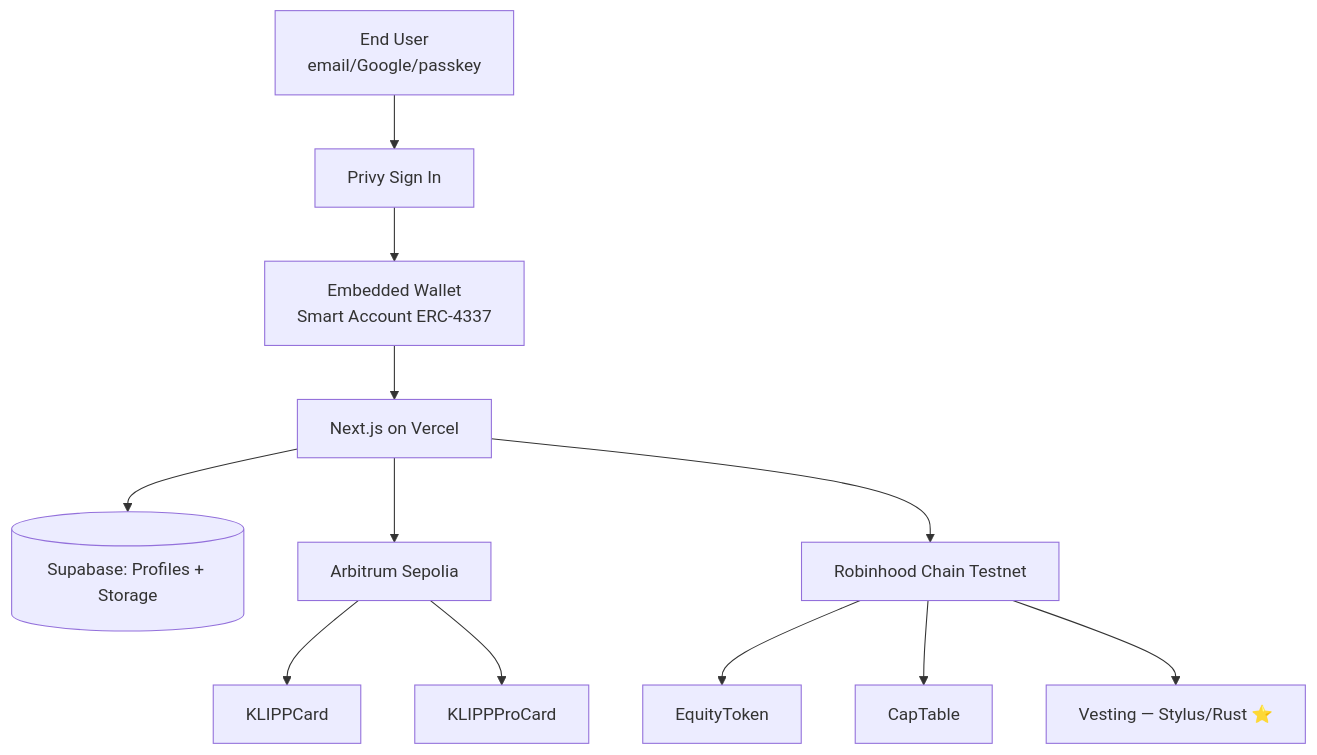
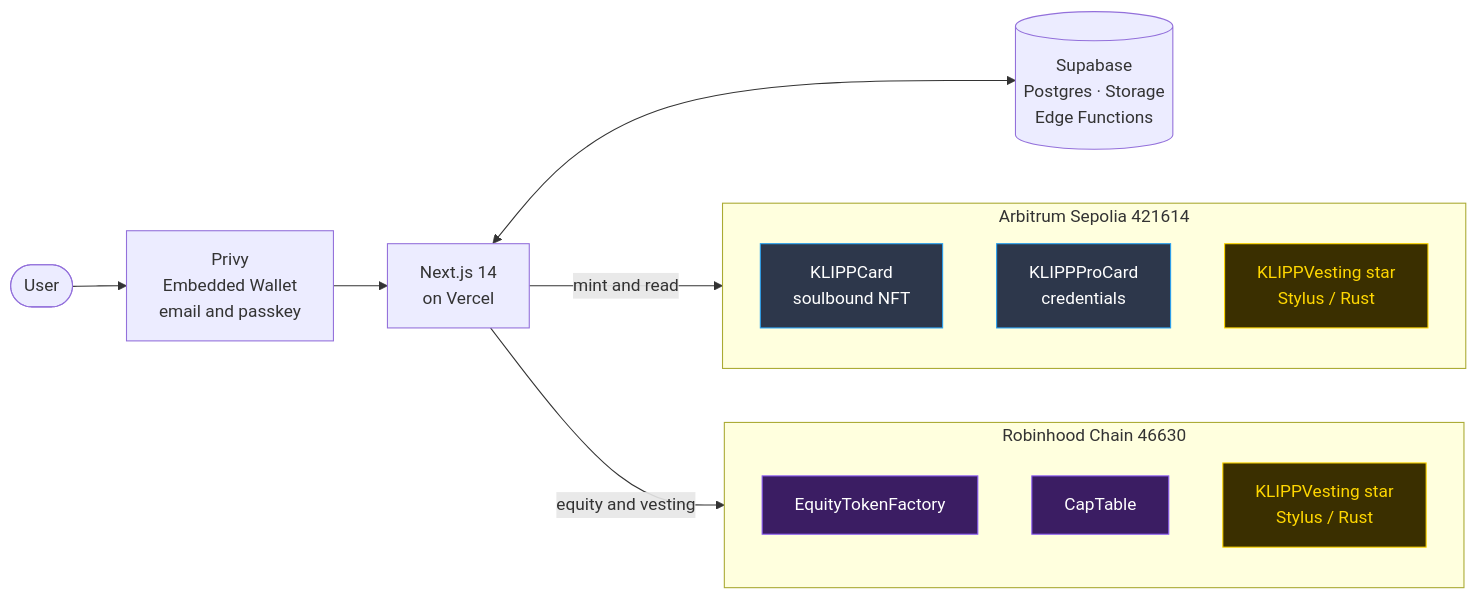
One commit to yellowwhalelabs/klipp changed the diagram in README.md. Above: the diagram before and after it, drawn with Mermaid. The commit also changed other lines of this file, not shown here.

Commit message:
docs: complete README with architecture and contract addresses

````diff
--- a/README.md
+++ b/README.md
@@ -123,14 +44,32 @@
 ```mermaid
-graph TB
-    User[End User\nemail/Google/passkey] --> SignIn[Privy Sign In]
-    SignIn --> Wallet[Embedded Wallet\nSmart Account ERC-4337]
-    Wallet --> Frontend[Next.js on Vercel]
-    Frontend --> Supabase[(Supabase: Profiles + Storage)]
-    Frontend --> ArbSepolia[Arbitrum Sepolia]
-    Frontend --> RobinhoodChain[Robinhood Chain Testnet]
-    ArbSepolia --> SC1[KLIPPCard]
-    ArbSepolia --> SC2[KLIPPProCard]
-    RobinhoodChain --> SC3[EquityToken]
-    RobinhoodChain --> SC4[CapTable]
-    RobinhoodChain --> SC5[Vesting — Stylus/Rust ⭐]
+flowchart LR
+    User([User])
+    Privy[Privy<br/>Embedded Wallet<br/>email and passkey]
+    Web[Next.js 14<br/>on Vercel]
+    Supa[(Supabase<br/>Postgres · Storage<br/>Edge Functions)]
+
+    User --> Privy --> Web
+    Web <--> Supa
+
+    subgraph AS[Arbitrum Sepolia 421614]
+        Card[KLIPPCard<br/>soulbound NFT]
+        Pro[KLIPPProCard<br/>credentials]
+        VestA[KLIPPVesting star<br/>Stylus / Rust]
+    end
+
+    subgraph RH[Robinhood Chain 46630]
+        Factory[EquityTokenFactory]
+        Cap[CapTable]
+        VestR[KLIPPVesting star<br/>Stylus / Rust]
+    end
+
+    Web -->|mint and read| AS
+    Web -->|equity and vesting| RH
+
+    classDef arb fill:#2D374B,stroke:#28A0F0,color:#fff;
+    classDef rh fill:#3b1d63,stroke:#8B5CF6,color:#fff;
+    classDef star fill:#3a2f00,stroke:#FFD700,color:#FFD700;
+    class Card,Pro arb;
+    class Factory,Cap rh;
+    class VestA,VestR star;
 ```
````
